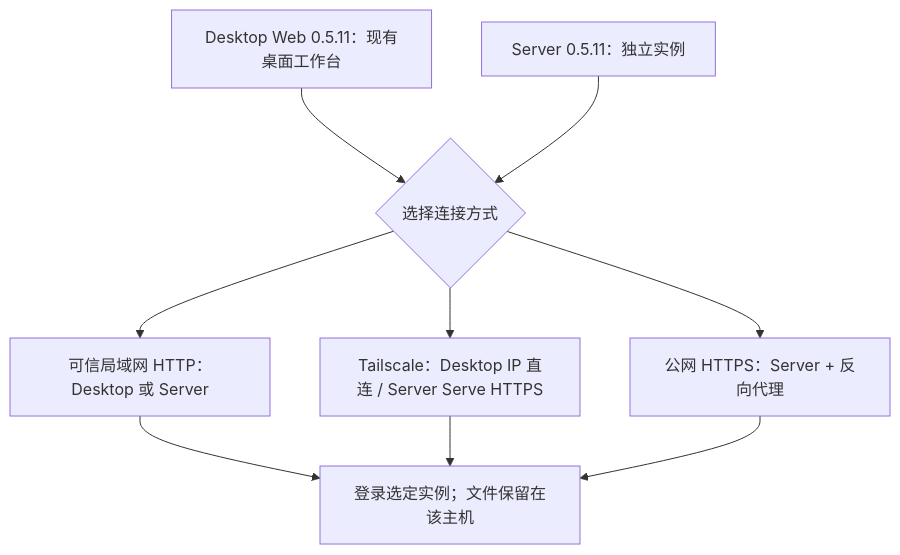
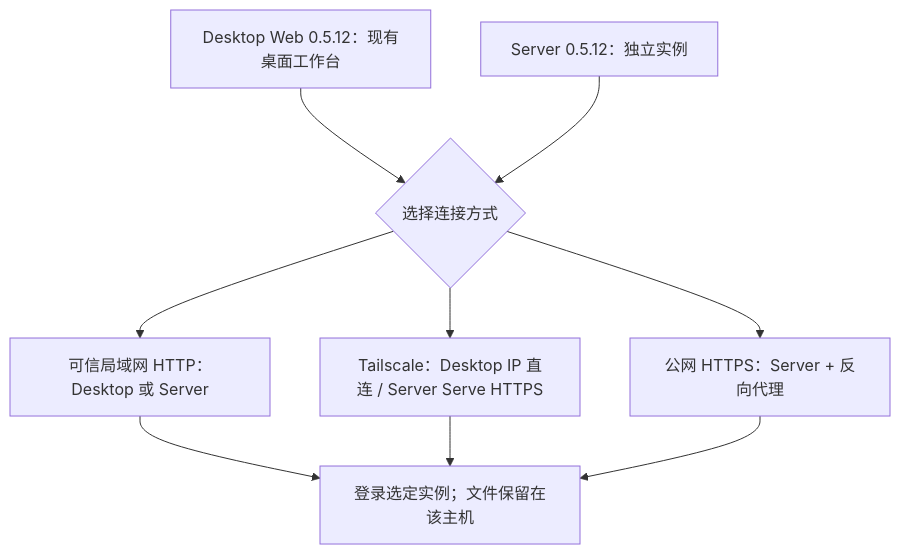
One commit to murray17/rovai-ai changed the diagram in website/site/public/assets/diagrams/deployment-choice-zh.mmd. Above: the diagram before and after it, drawn with Mermaid. The commit also changed 10 other files, not shown here.

```diff
--- a/website/site/public/assets/diagrams/deployment-choice-zh.mmd
+++ b/website/site/public/assets/diagrams/deployment-choice-zh.mmd
@@ -1,12 +1,12 @@
 flowchart TB
-  desktop["Desktop Web 0.5.11：现有桌面工作台"]
-  server["Server 0.5.11：独立实例"]
+  desktop["Desktop Web 0.5.12：现有桌面工作台"]
+  server["Server 0.5.12：独立实例"]
   choice{"选择连接方式"}
   desktop --> choice
   server --> choice
   choice --> lan["可信局域网 HTTP：Desktop 或 Server"]
   choice --> ts["Tailscale：Desktop IP 直连 / Server Serve HTTPS"]
   choice --> public["公网 HTTPS：Server + 反向代理"]
   lan --> login["登录选定实例；文件保留在该主机"]
   ts --> login
   public --> login
```
